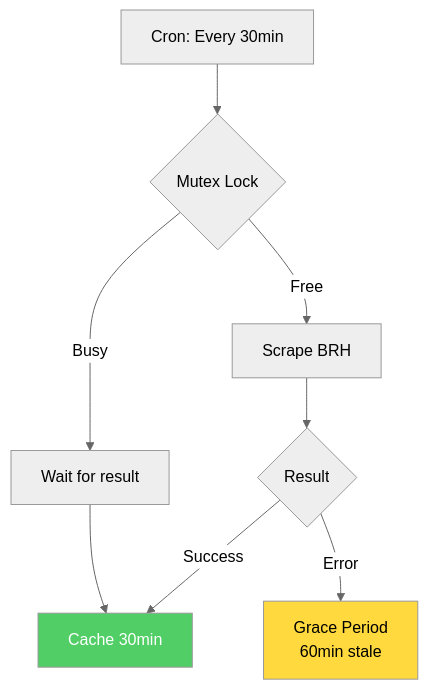
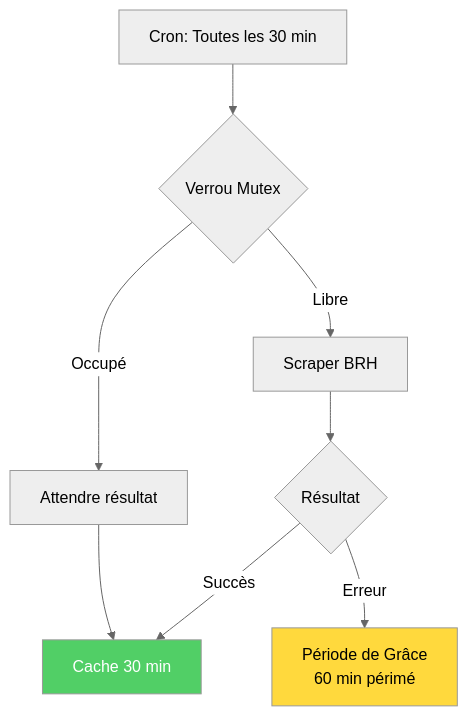
One commit to antifugazis/BRH changed the third of 5 diagrams in README.md. Above: the diagram before and after it, drawn with Mermaid (neutral theme). The commit also changed other lines of this file, not shown here.

Commit message:
Translate Mermaid diagrams to French

````diff
--- a/README.md
+++ b/README.md
@@ -139,13 +139,13 @@
 ```mermaid
 flowchart TD
-    A[Cron: Every 30min] --> B{Mutex Lock}
-    B -->|Busy| C[Wait for result]
-    B -->|Free| D[Scrape BRH]
-    D --> E{Result}
-    E -->|Success| F[Cache 30min]
-    E -->|Error| G[Grace Period\n60min stale]
+    A[Cron: Toutes les 30 min] --> B{Verrou Mutex}
+    B -->|Occupé| C[Attendre résultat]
+    B -->|Libre| D[Scraper BRH]
+    D --> E{Résultat}
+    E -->|Succès| F[Cache 30 min]
+    E -->|Erreur| G[Période de Grâce\n60 min périmé]
     C --> F
 
     style F fill:#51cf66,color:#fff
     style G fill:#ffd93d
 ```
````
